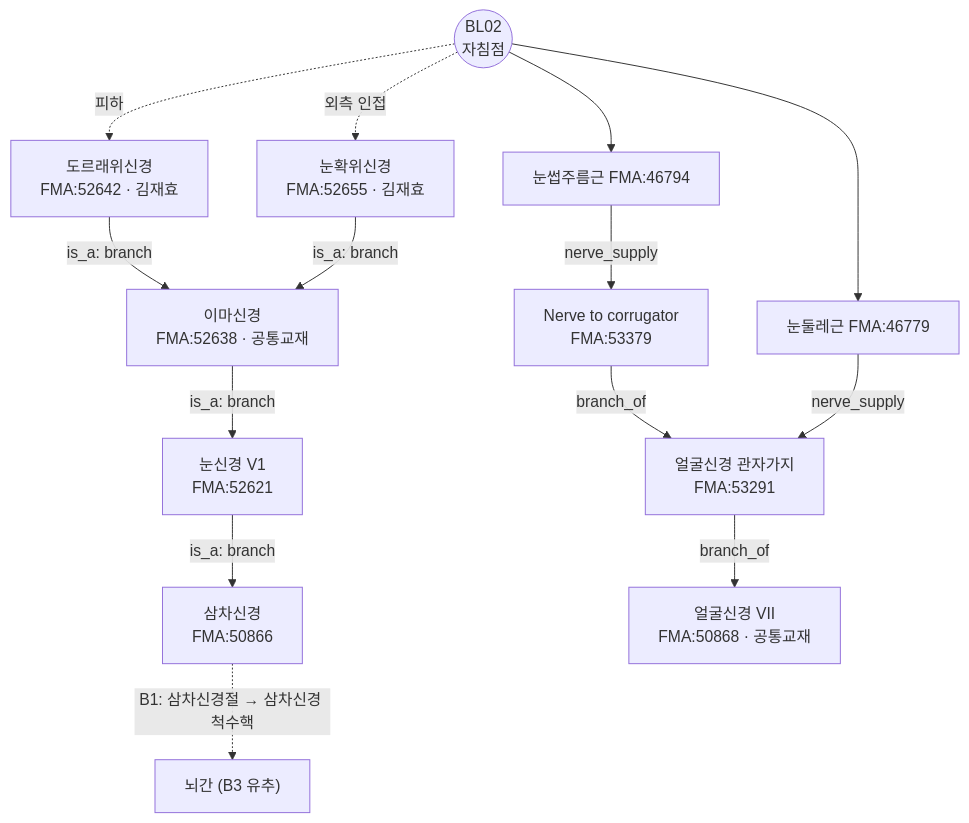
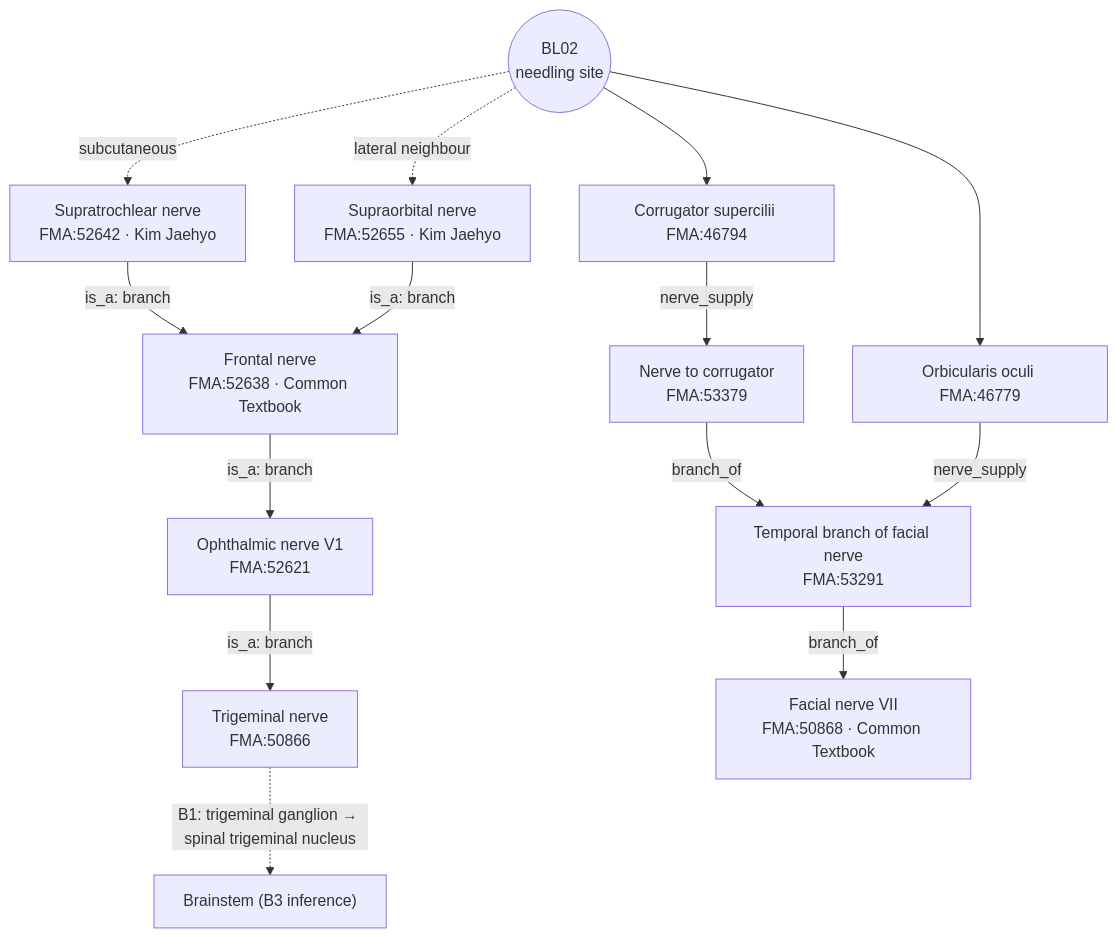
Before and after one commit to jaehyokim-sketch/acupoint_anatomy: the diagram in 01_경혈별_해부생리_분석보고서/BL_족태양방광경/BL02_찬죽/BL02_찬죽_해부생리_실체판명_보고서_en.md, drawn with Mermaid. The commit also changed other lines of this file and 199 other files, not shown here.

````diff
--- a/01_경혈별_해부생리_분석보고서/BL_족태양방광경/BL02_찬죽/BL02_찬죽_해부생리_실체판명_보고서_en.md
+++ b/01_경혈별_해부생리_분석보고서/BL_족태양방광경/BL02_찬죽/BL02_찬죽_해부생리_실체판명_보고서_en.md
@@ -220,16 +221,16 @@
 ```mermaid
 flowchart TB
-  P(("BL02<br/>자침점")) -.피하.-> STN["도르래위신경<br/>FMA:52642 · 김재효"]
-  P -.외측 인접.-> SON["눈확위신경<br/>FMA:52655 · 김재효"]
-  P --> CS["눈썹주름근 FMA:46794"]
-  P --> OO["눈둘레근 FMA:46779"]
-  STN -- "is_a: branch" --> FN["이마신경<br/>FMA:52638 · 공통교재"]
+  P(("BL02<br/>needling site")) -.subcutaneous.-> STN["Supratrochlear nerve<br/>FMA:52642 · Kim Jaehyo"]
+  P -.lateral neighbour.-> SON["Supraorbital nerve<br/>FMA:52655 · Kim Jaehyo"]
+  P --> CS["Corrugator supercilii FMA:46794"]
+  P --> OO["Orbicularis oculi FMA:46779"]
+  STN -- "is_a: branch" --> FN["Frontal nerve<br/>FMA:52638 · Common Textbook"]
   SON -- "is_a: branch" --> FN
-  FN -- "is_a: branch" --> OPH["눈신경 V1<br/>FMA:52621"]
-  OPH -- "is_a: branch" --> TRI["삼차신경<br/>FMA:50866"]
-  TRI -. "B1: 삼차신경절 → 삼차신경 척수핵" .-> SP5["뇌간 (B3 유추)"]
+  FN -- "is_a: branch" --> OPH["Ophthalmic nerve V1<br/>FMA:52621"]
+  OPH -- "is_a: branch" --> TRI["Trigeminal nerve<br/>FMA:50866"]
+  TRI -. "B1: trigeminal ganglion → spinal trigeminal nucleus" .-> SP5["Brainstem (B3 inference)"]
   CS -- nerve_supply --> NCS["Nerve to corrugator<br/>FMA:53379"]
-  NCS -- branch_of --> TB["얼굴신경 관자가지<br/>FMA:53291"]
+  NCS -- branch_of --> TB["Temporal branch of facial nerve<br/>FMA:53291"]
   OO -- nerve_supply --> TB
-  TB -- branch_of --> FAC["얼굴신경 VII<br/>FMA:50868 · 공통교재"]
+  TB -- branch_of --> FAC["Facial nerve VII<br/>FMA:50868 · Common Textbook"]
 ```
````
